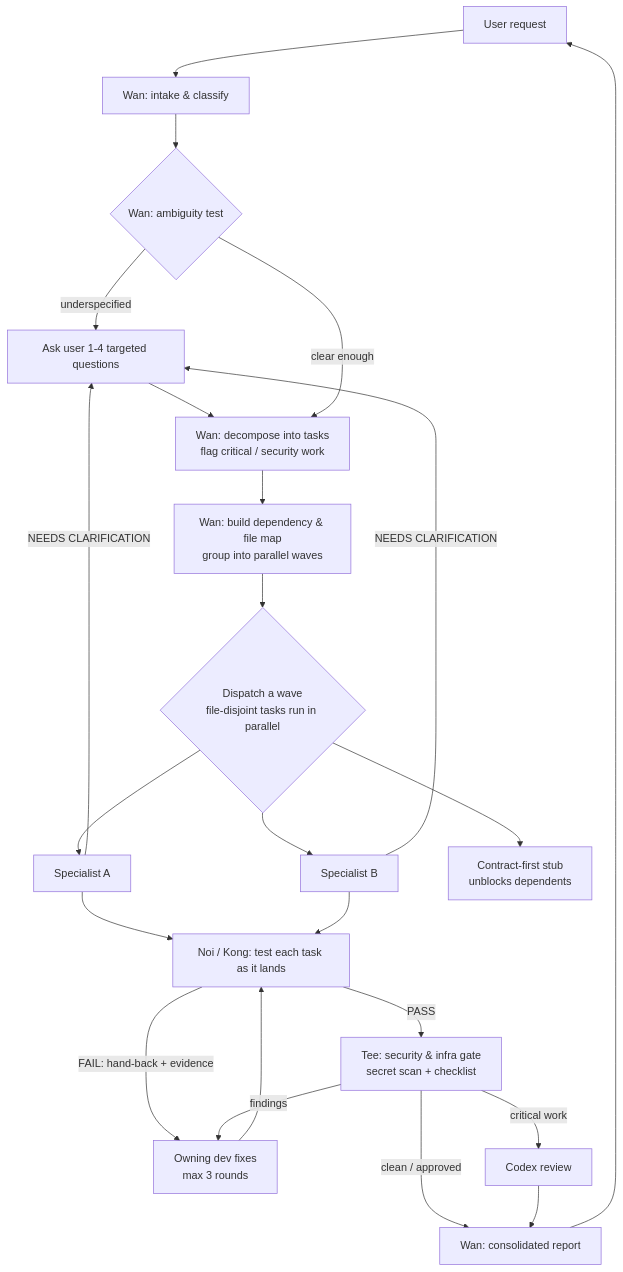
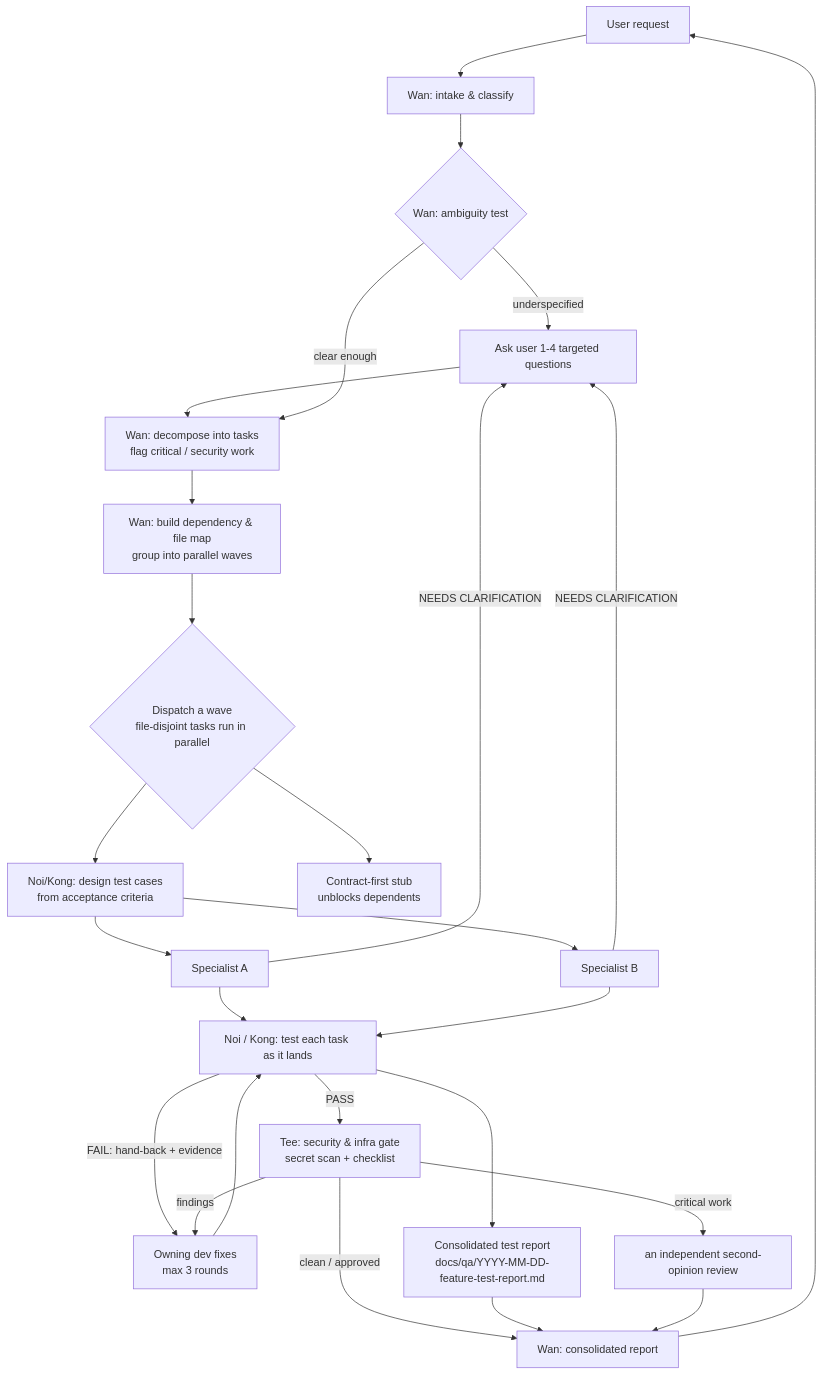
One commit to gotired/only-cnx changed the diagram in WORKFLOW.md. Above: the diagram before and after it, drawn with Mermaid. The commit also changed other lines of this file and 31 other files, not shown here.

Commit message:
refactor: replace Codex references with generic second-opinion review

````diff
--- a/WORKFLOW.md
+++ b/WORKFLOW.md
@@ -8,25 +8,28 @@
 ```mermaid
 flowchart TD
     U[User request] --> W1[Wan: intake & classify]
     W1 --> WC{Wan: ambiguity test}
     WC -->|underspecified| ASK[Ask user 1-4 targeted questions]
     ASK --> W2
     WC -->|clear enough| W2[Wan: decompose into tasks<br/>flag critical / security work]
     W2 --> W3[Wan: build dependency & file map<br/>group into parallel waves]
     W3 --> D{Dispatch a wave<br/>file-disjoint tasks run in parallel}
-    D --> A[Specialist A]
-    D --> B[Specialist B]
+    D --> TD[Noi/Kong: design test cases<br/>from acceptance criteria]
+    TD --> A[Specialist A]
+    TD --> B[Specialist B]
     D --> C[Contract-first stub<br/>unblocks dependents]
     A --> QA[Noi / Kong: test each task as it lands]
     B --> QA
     QA -->|FAIL: hand-back + evidence| FIX[Owning dev fixes<br/>max 3 rounds]
     A -->|NEEDS CLARIFICATION| ASK
     B -->|NEEDS CLARIFICATION| ASK
     FIX --> QA
     QA -->|PASS| GATE[Tee: security & infra gate<br/>secret scan + checklist]
     GATE -->|findings| FIX
-    GATE -->|critical work| CODEX[Codex review]
+    GATE -->|critical work| SECOND[an independent second-opinion review]
     GATE -->|clean / approved| R[Wan: consolidated report]
-    CODEX --> R
+    QA --> REP[Consolidated test report<br/>docs/qa/YYYY-MM-DD-feature-test-report.md]
+    REP --> R
+    SECOND --> R
     R --> U
 ```
````
